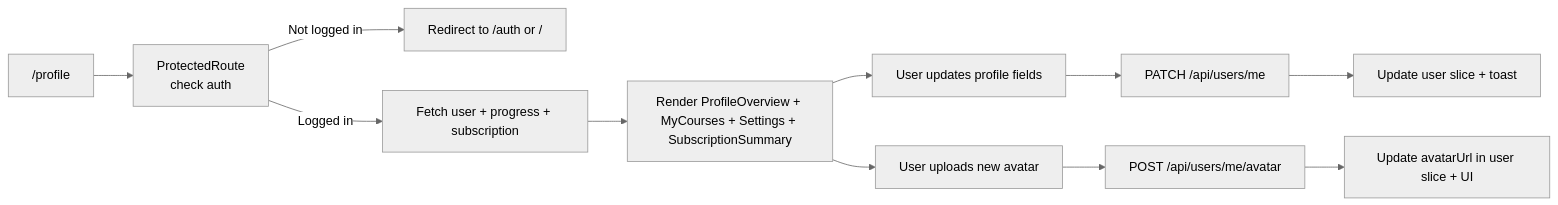
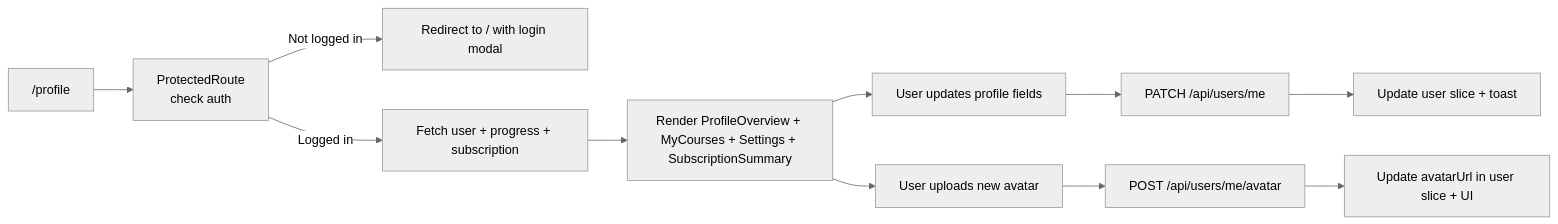
Before and after one commit to annnsvm/buero.de: the diagram in buero-frontend/docs/frontend-features/09-user-profile-ui.md, drawn with Mermaid (neutral theme). The commit also changed 10 other files, not shown here.

````diff
--- a/buero-frontend/docs/frontend-features/09-user-profile-ui.md
+++ b/buero-frontend/docs/frontend-features/09-user-profile-ui.md
@@ -132,15 +132,15 @@
 ```mermaid
 flowchart LR
   A["/profile"] --> B[ProtectedRoute<br/>check auth]
-  B -->|Not logged in| C[Redirect to /auth or /]
+  B -->|Not logged in| C[Redirect to / with login modal]
   B -->|Logged in| D[Fetch user + progress + subscription]
   D --> E[Render ProfileOverview + MyCourses + Settings + SubscriptionSummary]
 
   E --> F[User updates profile fields]
   F --> G[PATCH /api/users/me]
   G --> H[Update user slice + toast]
 
   E --> I[User uploads new avatar]
   I --> J[POST /api/users/me/avatar]
   J --> K[Update avatarUrl in user slice + UI]
 ```
````
